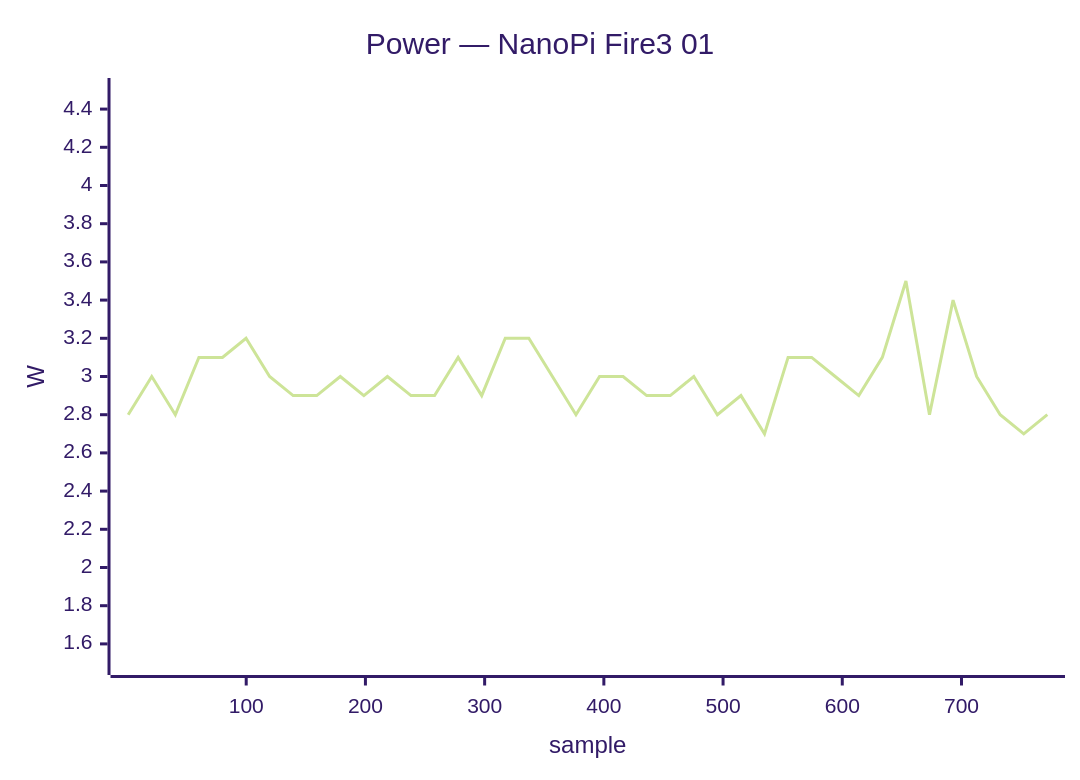
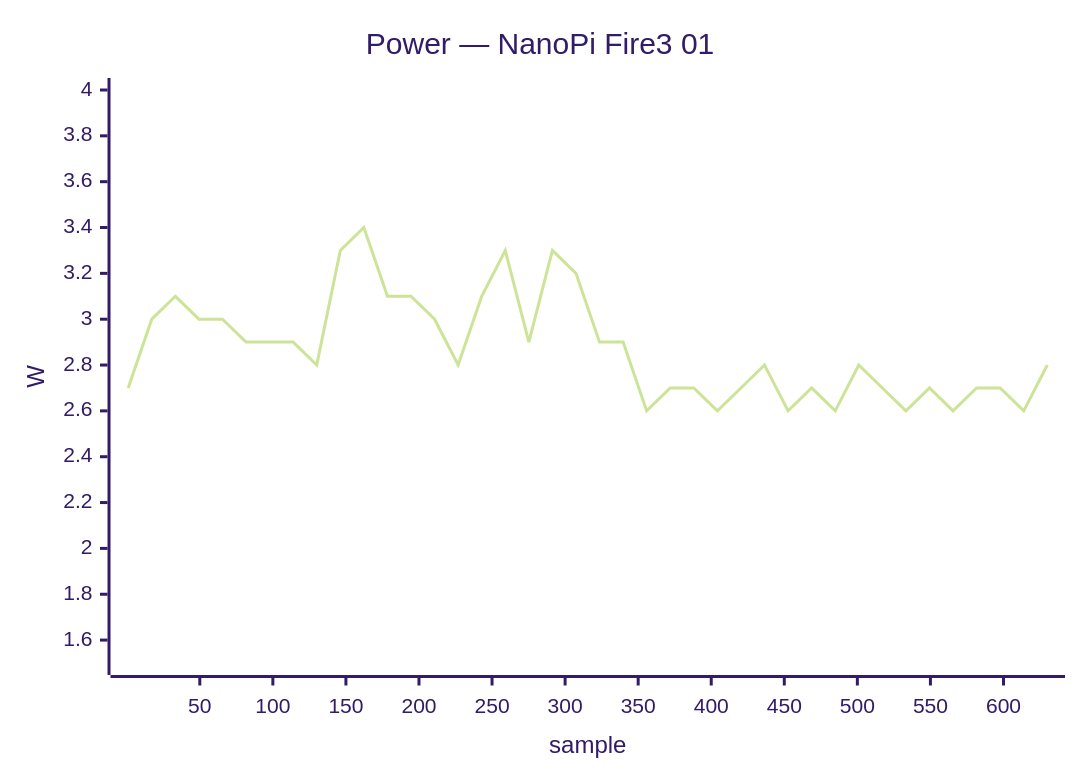
Diagram 21 of 50 in docs/status/board-tests.md (armbian/documentation), drawn with Mermaid (forest theme) before and after one commit. The commit also changed other lines of this file, not shown here.

````diff
--- a/docs/status/board-tests.md
+++ b/docs/status/board-tests.md
@@ -803,7 +1097,7 @@
 ```mermaid
 xychart-beta
     title "Power — NanoPi Fire3 01"
-    x-axis "sample" 1 --> 772
-    y-axis "W" 1.5 --> 4.5
-    line [2.8, 3.0, 2.8, 3.1, 3.1, 3.2, 3.0, 2.9, 2.9, 3.0, 2.9, 3.0, 2.9, 2.9, 3.1, 2.9, 3.2, 3.2, 3.0, 2.8, 3.0, 3.0, 2.9, 2.9, 3.0, 2.8, 2.9, 2.7, 3.1, 3.1, 3.0, 2.9, 3.1, 3.5, 2.8, 3.4, 3.0, 2.8, 2.7, 2.8]
+    x-axis "sample" 1 --> 630
+    y-axis "W" 1.5 --> 4.0
+    line [2.7, 3.0, 3.1, 3.0, 3.0, 2.9, 2.9, 2.9, 2.8, 3.3, 3.4, 3.1, 3.1, 3.0, 2.8, 3.1, 3.3, 2.9, 3.3, 3.2, 2.9, 2.9, 2.6, 2.7, 2.7, 2.6, 2.7, 2.8, 2.6, 2.7, 2.6, 2.8, 2.7, 2.6, 2.7, 2.6, 2.7, 2.7, 2.6, 2.8]
 ```
````
